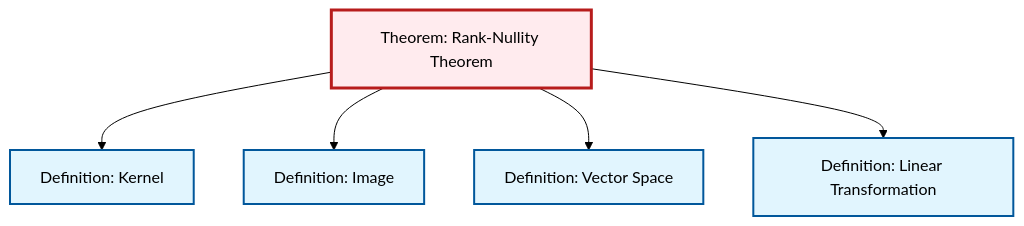
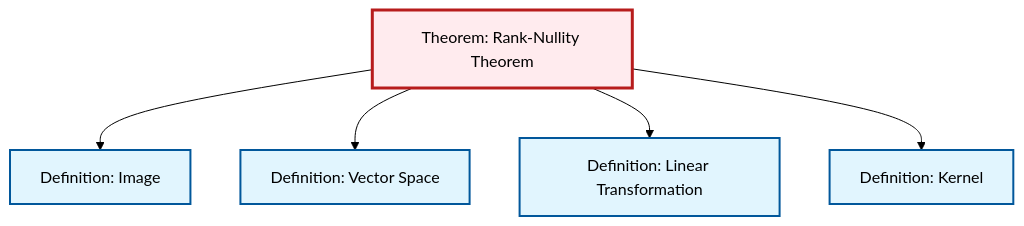
The diagram in output/mermaid/thm-rank-nullity.mermaid (RK0429/ModernMath), drawn with Mermaid (forest theme) before and after one commit. The commit also changed other lines of this file and 615 other files, not shown here.

```diff
--- a/output/mermaid/thm-rank-nullity.mermaid
+++ b/output/mermaid/thm-rank-nullity.mermaid
@@ -1,17 +1,17 @@
 %%| fig-cap: "Local dependency graph"
 graph TD
     classDef definition fill:#e1f5fe,stroke:#01579b,stroke-width:2px
     classDef theorem fill:#f3e5f5,stroke:#4a148c,stroke-width:2px
     classDef axiom fill:#fff3e0,stroke:#e65100,stroke-width:2px
     classDef example fill:#e8f5e9,stroke:#1b5e20,stroke-width:2px
     classDef current fill:#ffebee,stroke:#b71c1c,stroke-width:3px
     def-image["Definition: Image"]:::definition
     def-linear-transformation["Definition: Linear Transformation"]:::definition
+    def-kernel["Definition: Kernel"]:::definition
+    thm-rank-nullity["Theorem: Rank-Nullity Theorem"]:::theorem
     def-vector-space["Definition: Vector Space"]:::definition
-    thm-rank-nullity["Theorem: Rank-Nullity Theorem"]:::theorem
-    def-kernel["Definition: Kernel"]:::definition
-    thm-rank-nullity --> def-kernel
     thm-rank-nullity --> def-image
     thm-rank-nullity --> def-vector-space
     thm-rank-nullity --> def-linear-transformation
+    thm-rank-nullity --> def-kernel
     class thm-rank-nullity current
```
